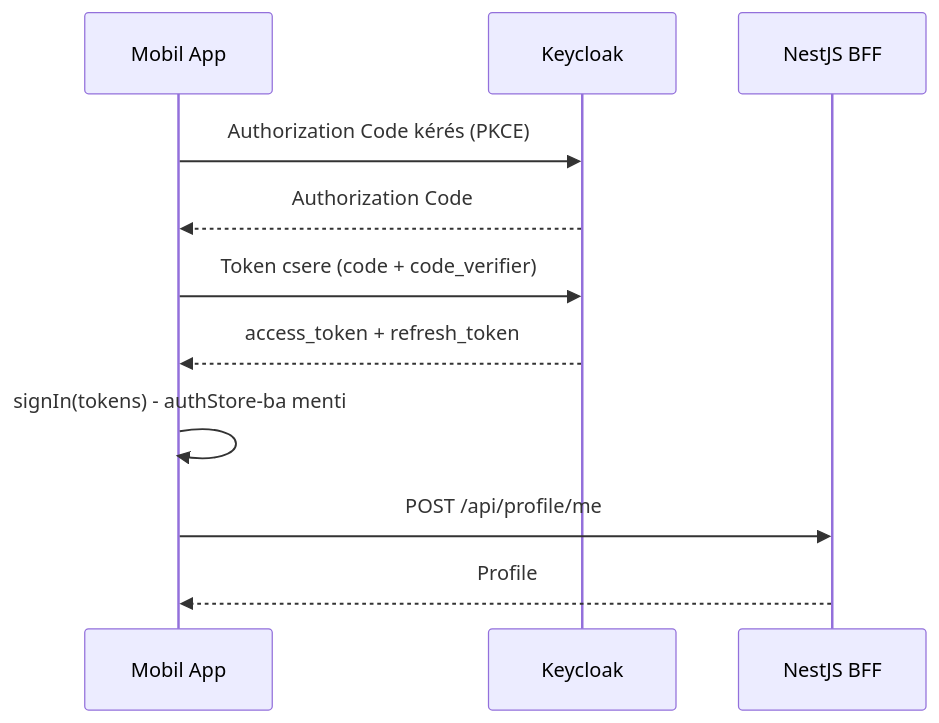
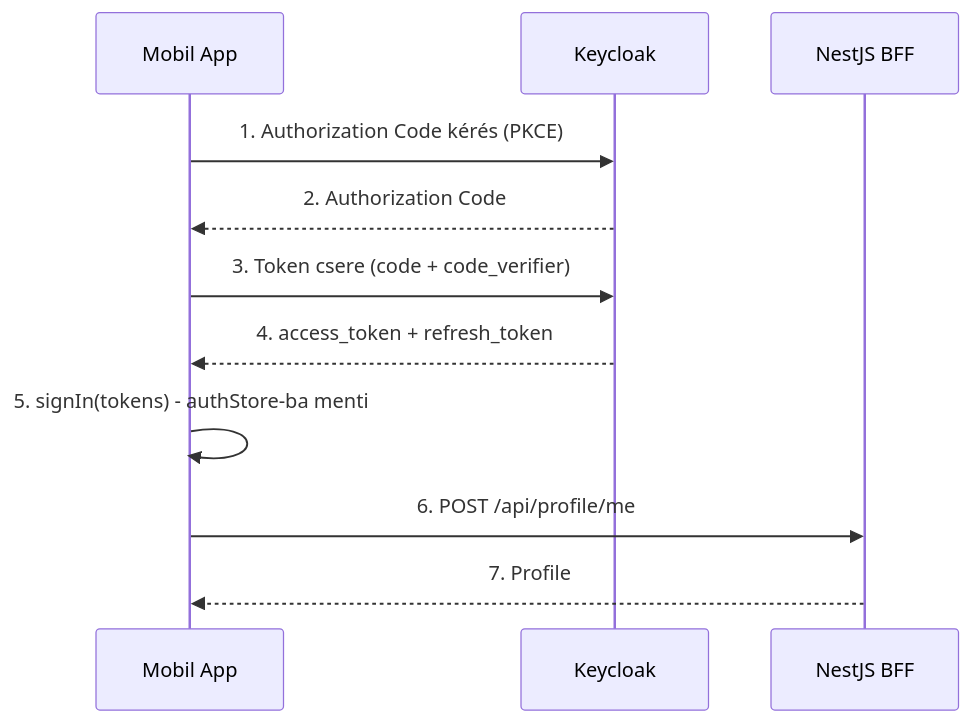
The diagram in diagrams/mermaid/upsert.mmd (pinterbarni/charted-docs), drawn with Mermaid before and after one commit. The commit also changed other lines of this file and 1 other file, not shown here.

Commit message:
docs: number upsert flow steps and add a step table

```diff
--- a/diagrams/mermaid/upsert.mmd
+++ b/diagrams/mermaid/upsert.mmd
@@ -1,12 +1,12 @@
 sequenceDiagram
-participant App as Mobil App
-participant KC as Keycloak
-participant BFF as NestJS BFF
+    participant App as Mobil App
+    participant KC as Keycloak
+    participant BFF as NestJS BFF
 
-    App->>KC: Authorization Code kérés (PKCE)
-    KC-->>App: Authorization Code
-    App->>KC: Token csere (code + code_verifier)
-    KC-->>App: access_token + refresh_token
-    App->>App: signIn(tokens) - authStore-ba menti
-    App->>BFF: POST /api/profile/me
-    BFF-->>App: Profile
+    App->>KC: 1. Authorization Code kérés (PKCE)
+    KC-->>App: 2. Authorization Code
+    App->>KC: 3. Token csere (code + code_verifier)
+    KC-->>App: 4. access_token + refresh_token
+    App->>App: 5. signIn(tokens) - authStore-ba menti
+    App->>BFF: 6. POST /api/profile/me
+    BFF-->>App: 7. Profile
```
